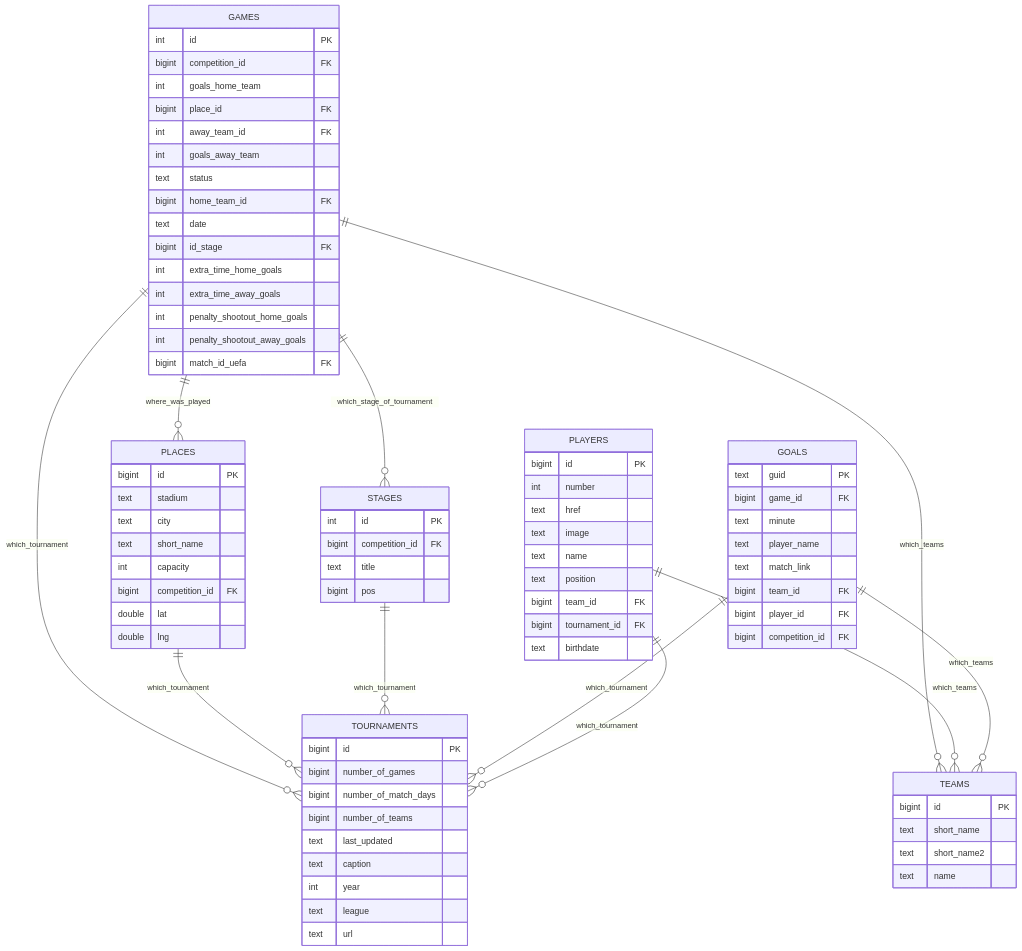
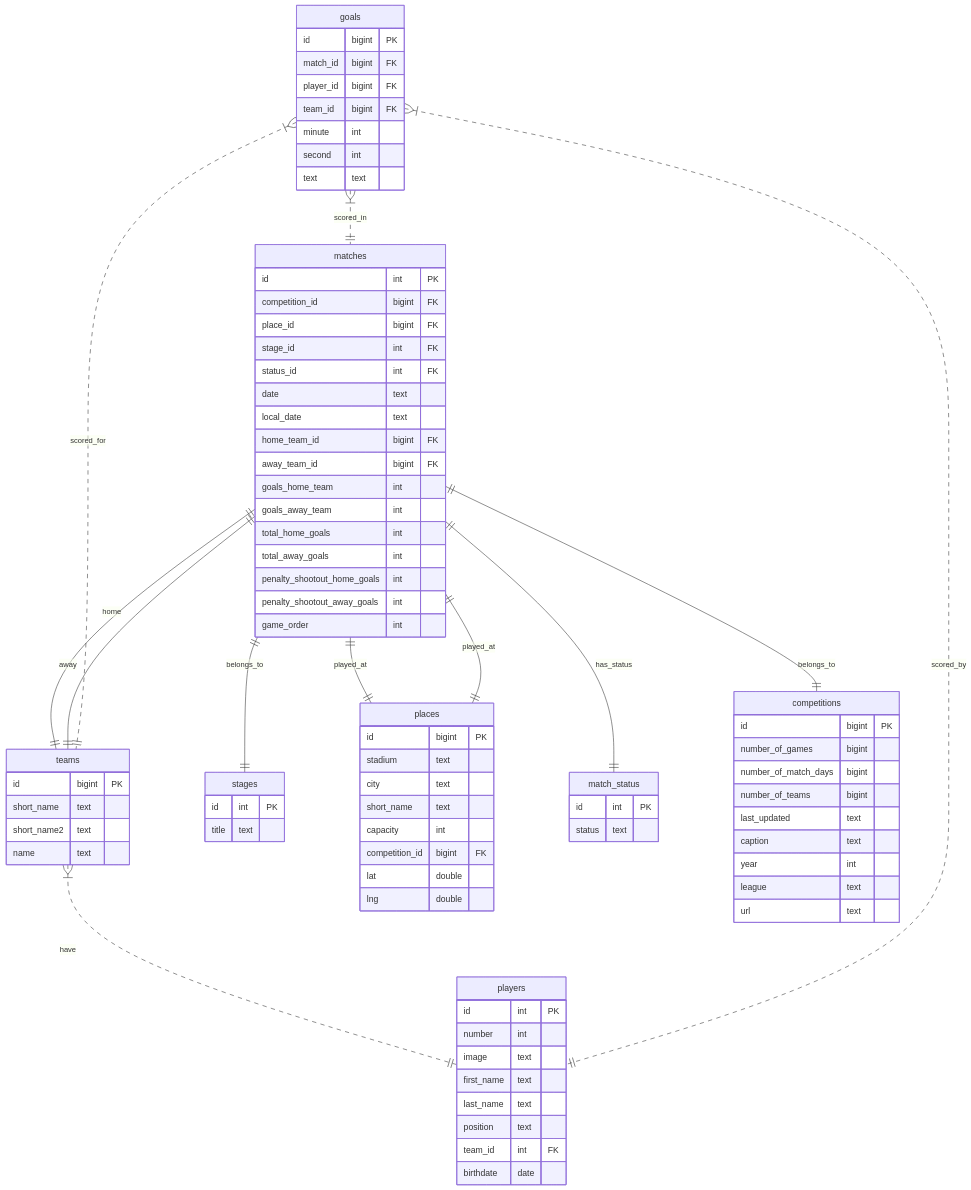
The second of 2 diagrams in README.md (DonaldWipper/Football-Tournaments-Data-Archive), drawn with Mermaid before and after one commit. The commit also changed other lines of this file and 5 other files, not shown here.

````diff
--- a/README.md
+++ b/README.md
@@ -148,91 +148,95 @@
 ```mermaid
 erDiagram
-    GAMES ||--o{ PLACES : where_was_played
-    GAMES ||--o{ TOURNAMENTS : which_tournament
-    GAMES ||--o{ STAGES : which_stage_of_tournament
-    GAMES ||--o{ TEAMS : which_teams
-    PLAYERS ||--o{ TEAMS : which_teams
-    GOALS ||--o{ TEAMS : which_teams
-    PLACES ||--o{ TOURNAMENTS : which_tournament
-    STAGES ||--o{ TOURNAMENTS : which_tournament
-    GOALS ||--o{ TOURNAMENTS : which_tournament
-    PLAYERS ||--o{ TOURNAMENTS : which_tournament
-    
-    GAMES {
-        int id PK
-        bigint competition_id FK 
-        int goals_home_team
-        bigint place_id FK 
-        int away_team_id FK 
-        int goals_away_team
-        text status
-        bigint home_team_id FK 
-        text date
-        bigint id_stage FK 
-        int extra_time_home_goals
-        int extra_time_away_goals
-        int penalty_shootout_home_goals
-        int penalty_shootout_away_goals
-        bigint match_id_uefa FK 
-    }
-    
-    PLACES {
-        bigint  id  PK
-        text  stadium
-        text  city
-        text  short_name
-        int  capacity
-        bigint  competition_id FK 
-        double  lat
-        double  lng
+    teams {
+        id bigint PK
+        short_name text
+        short_name2 text
+        name text
     }
 
-    PLAYERS {
-        bigint  id PK
-        int  number
-        text  href
-        text  image
-        text  name
-        text  position
-        bigint  team_id FK 
-        bigint  tournament_id FK 
-        text  birthdate
+    stages {
+        id int PK
+        title text
     }
-    
-    STAGES {
-        int  id PK
-        bigint  competition_id FK 
-        text  title
-        bigint  pos
+
+    players {
+        id int PK
+        number int
+        image text
+        first_name text
+        last_name text
+        position text
+        team_id int FK
+        birthdate date
     }
-    
-    TEAMS {
-        bigint  id PK
-        text   short_name
-        text   short_name2
-        text   name
+
+    places {
+        id bigint PK
+        stadium text
+        city text
+        short_name text
+        capacity int
+        competition_id bigint FK
+        lat double
+        lng double
     }
-    
-    TOURNAMENTS {
-        bigint   id PK
-        bigint   number_of_games
-        bigint   number_of_match_days
-        bigint   number_of_teams
-        text   last_updated
-        text   caption
-        int    year
-        text   league
-        text   url
+
+    match_status {
+        id int PK
+        status text
     }
-    
-    GOALS {
-            text    guid PK
-            bigint  game_id  FK 
-            text    minute
-            text    player_name
-            text    match_link
-            bigint  team_id  FK 
-            bigint  player_id  FK 
-            bigint  competition_id  FK 
+
+    matches {
+        id int PK
+        competition_id bigint FK
+        place_id bigint FK
+        stage_id int FK
+        status_id int FK
+        date text
+        local_date text
+        home_team_id bigint FK
+        away_team_id bigint FK
+        goals_home_team int
+        goals_away_team int
+        total_home_goals int
+        total_away_goals int
+        penalty_shootout_home_goals int
+        penalty_shootout_away_goals int
+        game_order int
     }
+
+    goals {
+        id bigint PK
+        match_id bigint FK
+        player_id bigint FK
+        team_id bigint FK
+        minute int
+        second int
+        text text
+    }
+
+    competitions {
+        id bigint PK
+        number_of_games bigint
+        number_of_match_days bigint
+        number_of_teams bigint
+        last_updated text
+        caption text
+        year int
+        league text
+        url text
+    }
+
+    teams }|..|| players : have
+    matches ||--|| places: played_at
+    matches ||--|| competitions : belongs_to
+    matches ||--|| teams : home
+    matches ||--|| teams : away
+    matches ||--|| places : played_at
+    matches ||--|| stages : belongs_to
+    matches ||--|| match_status : has_status
+    goals }|..|| matches : scored_in
+    goals }|..|| players : scored_by
+    goals }|..|| teams : scored_for
+
 ```
````
